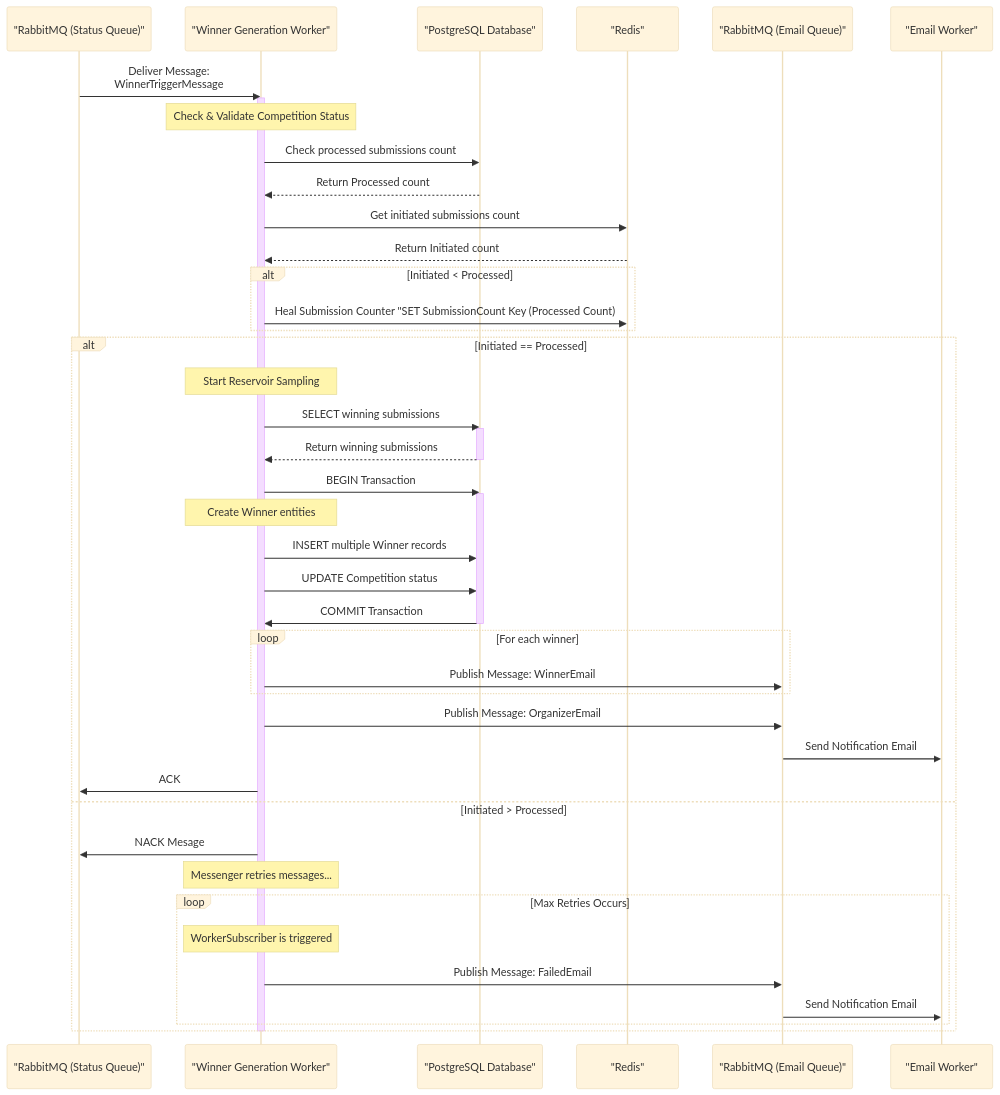
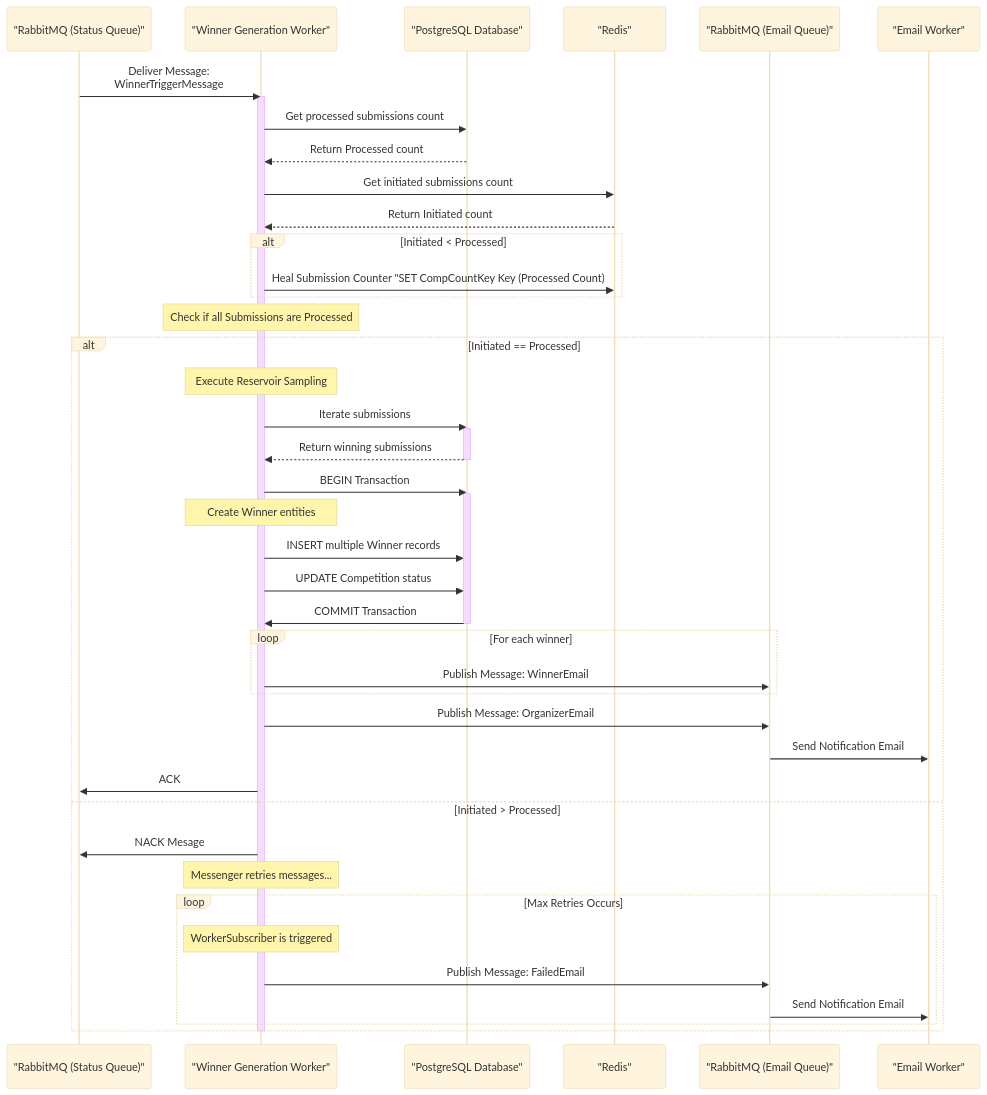
The sixth of 6 diagrams in mermaid_diagrams.md (Spoting/thesis_blaze_competition), drawn with Mermaid (base theme) before and after one commit. The commit also changed other lines of this file, not shown here.

Commit message:
doc: Update Mermaid Code

````diff
--- a/mermaid_diagrams.md
+++ b/mermaid_diagrams.md
@@ -183,50 +264,50 @@
 ```mermaid
 sequenceDiagram
     participant RMQ_S as "RabbitMQ (Status Queue)"
     participant WGW as "Winner Generation Worker"
     participant DB as "PostgreSQL Database"
     participant RED as "Redis"
     participant RMQ_E as "RabbitMQ (Email Queue)"
     participant EW as "Email Worker"
 
     RMQ_S->>WGW: Deliver Message:<br>WinnerTriggerMessage
     activate WGW
-    note over WGW: Check & Validate Competition Status
-    WGW->>DB: Check processed submissions count
+    WGW->>DB: Get processed submissions count
     DB-->>WGW: Return Processed count
     WGW->>RED: Get initiated submissions count
     RED-->>WGW: Return Initiated count
     alt Initiated < Processed
-        WGW->>RED: Heal Submission Counter "SET SubmissionCount Key (Processed Count)
+        WGW->>RED: Heal Submission Counter "SET CompCountKey Key (Processed Count)
     end
+    note over WGW: Check if all Submissions are Processed
     alt Initiated == Processed
-        note over WGW: Start Reservoir Sampling
-        WGW->>DB: SELECT winning submissions
+        note over WGW: Execute Reservoir Sampling
+        WGW->>DB: Iterate submissions
         activate DB
         DB-->>WGW: Return winning submissions
         deactivate DB
         
         WGW->>DB: BEGIN Transaction
         activate DB
         note over WGW: Create Winner entities
         WGW->>DB: INSERT multiple Winner records
         WGW->>DB: UPDATE Competition status
         DB->>WGW: COMMIT Transaction
         deactivate DB
         loop For each winner
             WGW->>RMQ_E: Publish Message: WinnerEmail
         end
         WGW->>RMQ_E: Publish Message: OrganizerEmail
         RMQ_E->>EW: Send Notification Email
         WGW->>RMQ_S: ACK
     else Initiated > Processed
           WGW->>RMQ_S: NACK Mesage
             note over WGW: Messenger retries messages...
             loop Max Retries Occurs
             note over WGW: WorkerSubscriber is triggered
                 WGW->>RMQ_E: Publish Message: FailedEmail
                 RMQ_E->>EW: Send Notification Email
             end
     end
     deactivate WGW
 ```
````
